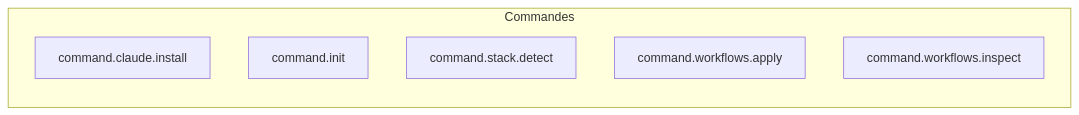
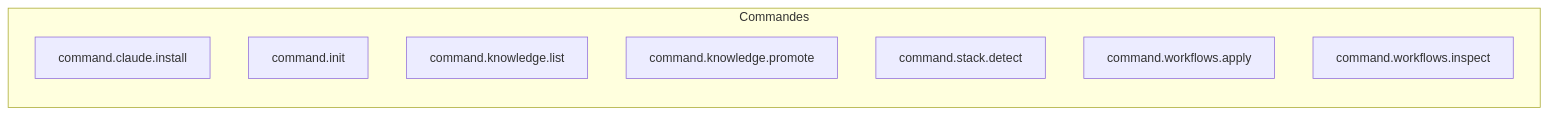
The diagram in .devtools/graph/workflows.mermaid (jul6art/devtools), drawn with Mermaid before and after one commit. The commit also changed 364 other files, not shown here.

```diff
--- a/.devtools/graph/workflows.mermaid
+++ b/.devtools/graph/workflows.mermaid
@@ -1,8 +1,10 @@
 flowchart LR
   subgraph commands["Commandes"]
     w1["command.claude.install"]
     w2["command.init"]
-    w3["command.stack.detect"]
-    w4["command.workflows.apply"]
-    w5["command.workflows.inspect"]
+    w3["command.knowledge.list"]
+    w4["command.knowledge.promote"]
+    w5["command.stack.detect"]
+    w6["command.workflows.apply"]
+    w7["command.workflows.inspect"]
   end
```
